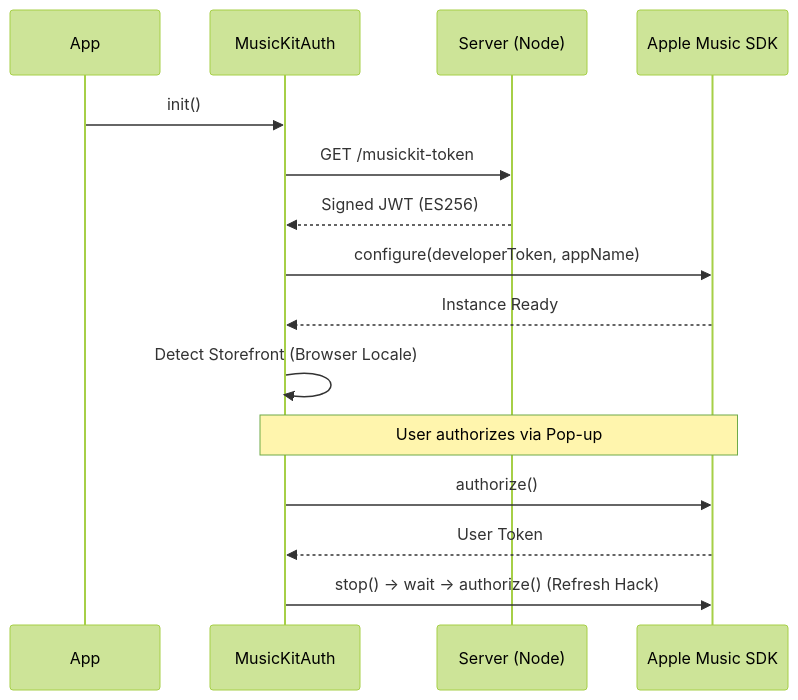
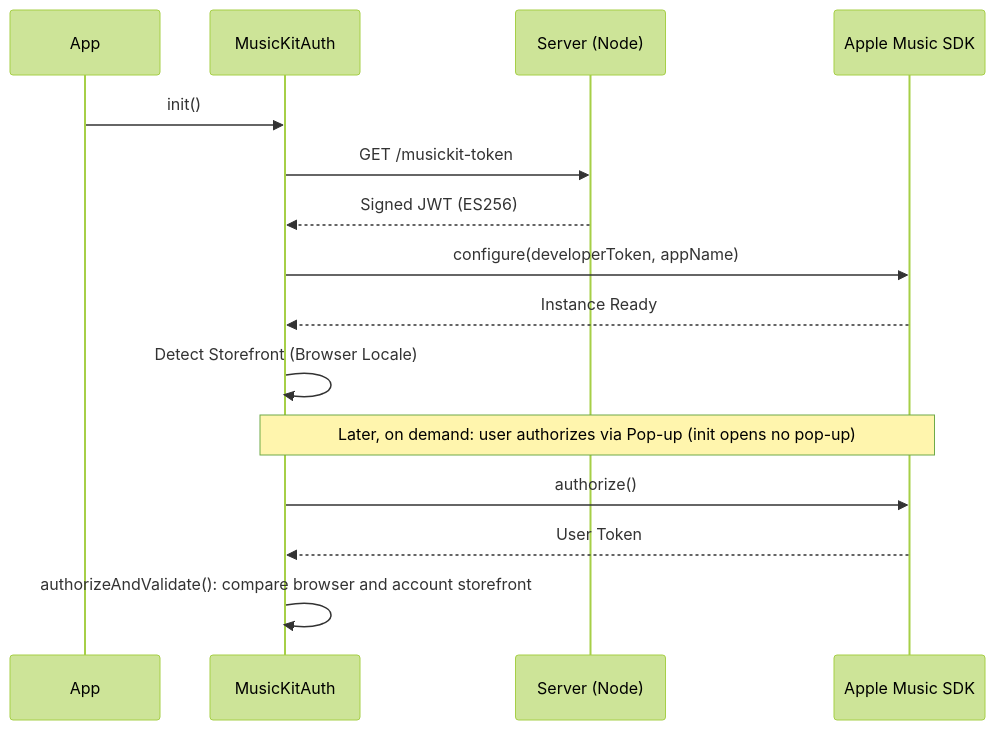
Before and after one commit to maujrp99/MJRP_AlbumsBalancedPlaylists_v0: the diagram in docs/manual/20_MusicKit_Internals.md, drawn with Mermaid (forest theme). The commit also changed other lines of this file and 22 other files, not shown here.

````diff
--- a/docs/manual/20_MusicKit_Internals.md
+++ b/docs/manual/20_MusicKit_Internals.md
@@ -19,21 +19,21 @@
 ```mermaid
 sequenceDiagram
     participant App
     participant Service as MusicKitAuth
     participant API as Server (Node)
     participant Apple as Apple Music SDK
 
     App->>Service: init()
     Service->>API: GET /musickit-token
     API-->>Service: Signed JWT (ES256)
     
     Service->>Apple: configure(developerToken, appName)
     Apple-->>Service: Instance Ready
     
     Service->>Service: Detect Storefront (Browser Locale)
     
-    Note over Service, Apple: User authorizes via Pop-up
+    Note over Service, Apple: Later, on demand: user authorizes via Pop-up (init opens no pop-up)
     Service->>Apple: authorize()
     Apple-->>Service: User Token
-    Service->>Apple: stop() -> wait -> authorize() (Refresh Hack)
+    Service->>Service: authorizeAndValidate(): compare browser and account storefront
 ```
````
